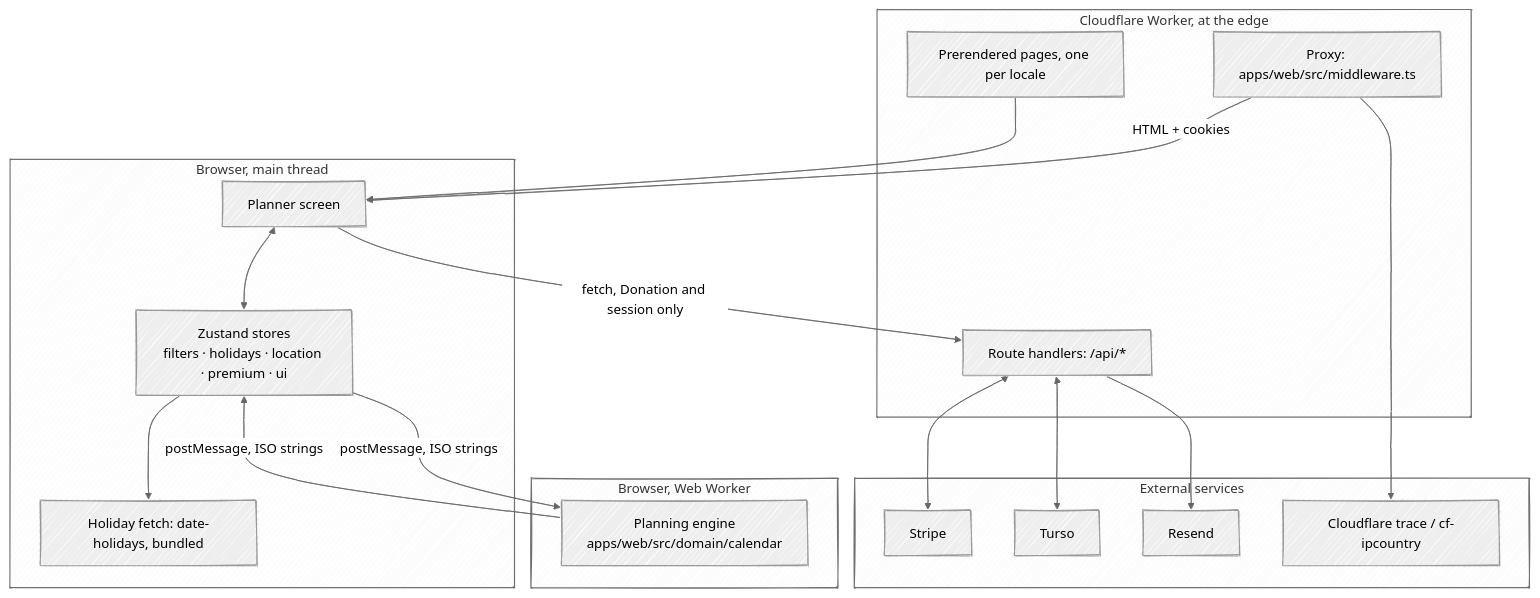
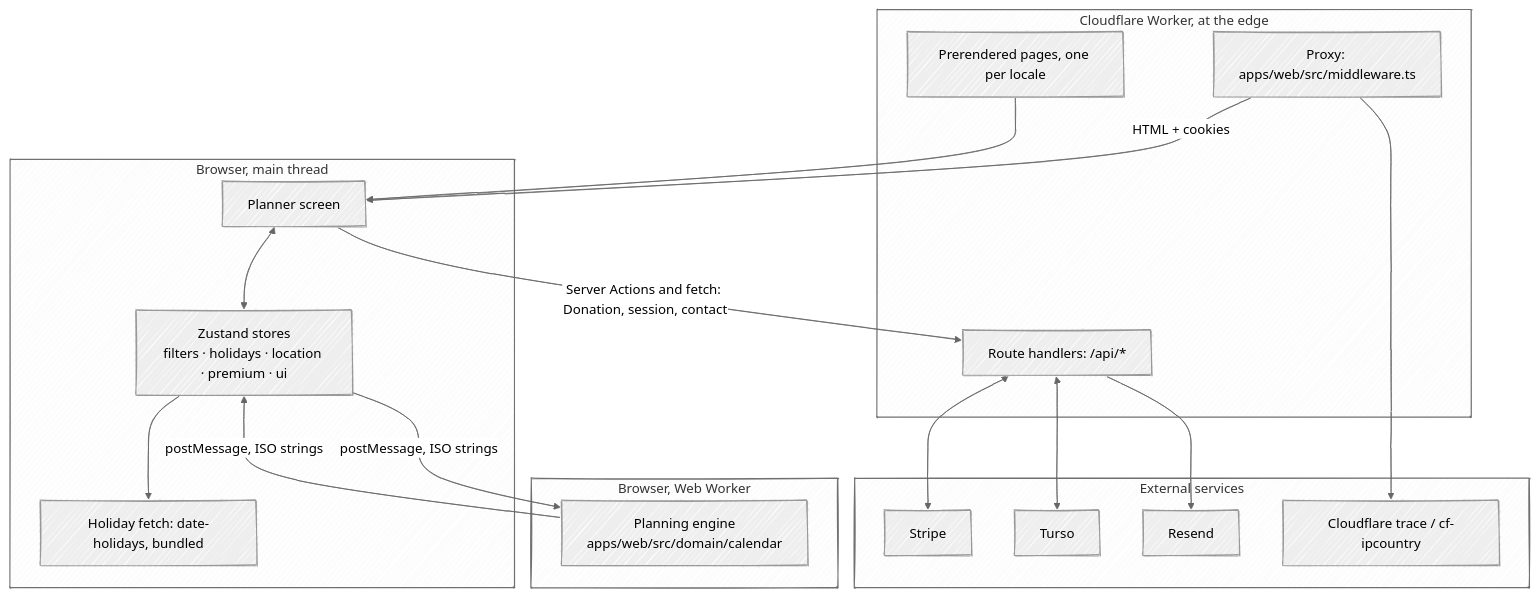
One commit to fbuireu/forever-pto changed the first of 3 diagrams in apps/docs/src/content/docs/how-it-works/overview.mdx. Above: the diagram before and after it, drawn with Mermaid (neutral theme). The commit also changed other lines of this file and 22 other files, not shown here.

````diff
--- a/apps/docs/src/content/docs/how-it-works/overview.mdx
+++ b/apps/docs/src/content/docs/how-it-works/overview.mdx
@@ -14,38 +14,38 @@
 ```mermaid
 ---
 config:
   look: handDrawn
   layout: dagre
 ---
 flowchart TB
   subgraph cf [Cloudflare Worker, at the edge]
     P[Proxy: apps/web/src/middleware.ts]
     R[Route handlers: /api/*]
     SSG[Prerendered pages, one per locale]
   end
   subgraph main [Browser, main thread]
     ST[Zustand stores<br/>filters · holidays · location · premium · ui]
     UI[Planner screen]
     HF[Holiday fetch: date-holidays, bundled]
   end
   subgraph worker [Browser, Web Worker]
     ENG[Planning engine<br/>apps/web/src/domain/calendar]
   end
   subgraph ext [External services]
     STRIPE[Stripe]
     TURSO[Turso]
     RESEND[Resend]
     CFAPI[Cloudflare trace / cf-ipcountry]
   end
   P -->|HTML + cookies| UI
   SSG --> UI
   UI <--> ST
   ST --> HF
   ST -->|postMessage, ISO strings| ENG
   ENG -->|postMessage, ISO strings| ST
   R <--> STRIPE
   R <--> TURSO
   R --> RESEND
   P --> CFAPI
-  UI -->|fetch, Donation and session only| R
+  UI -->|"Server Actions and fetch: Donation, session, contact"| R
 ```
````
